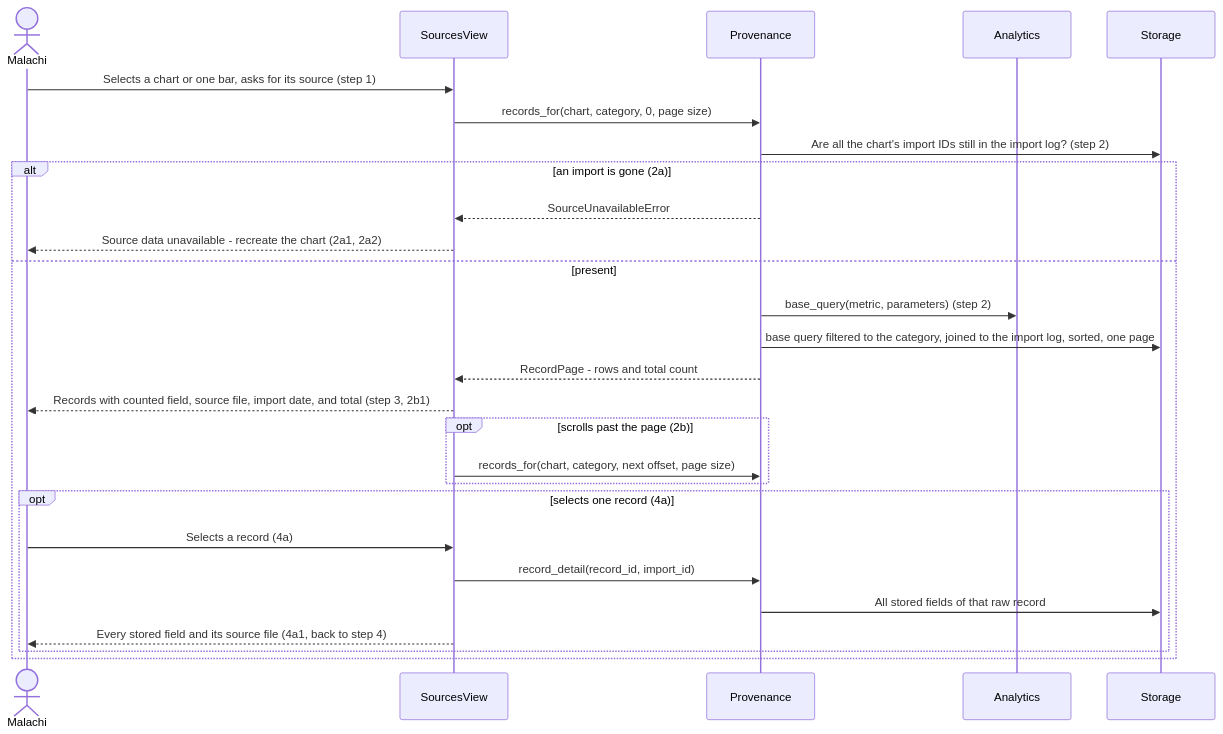
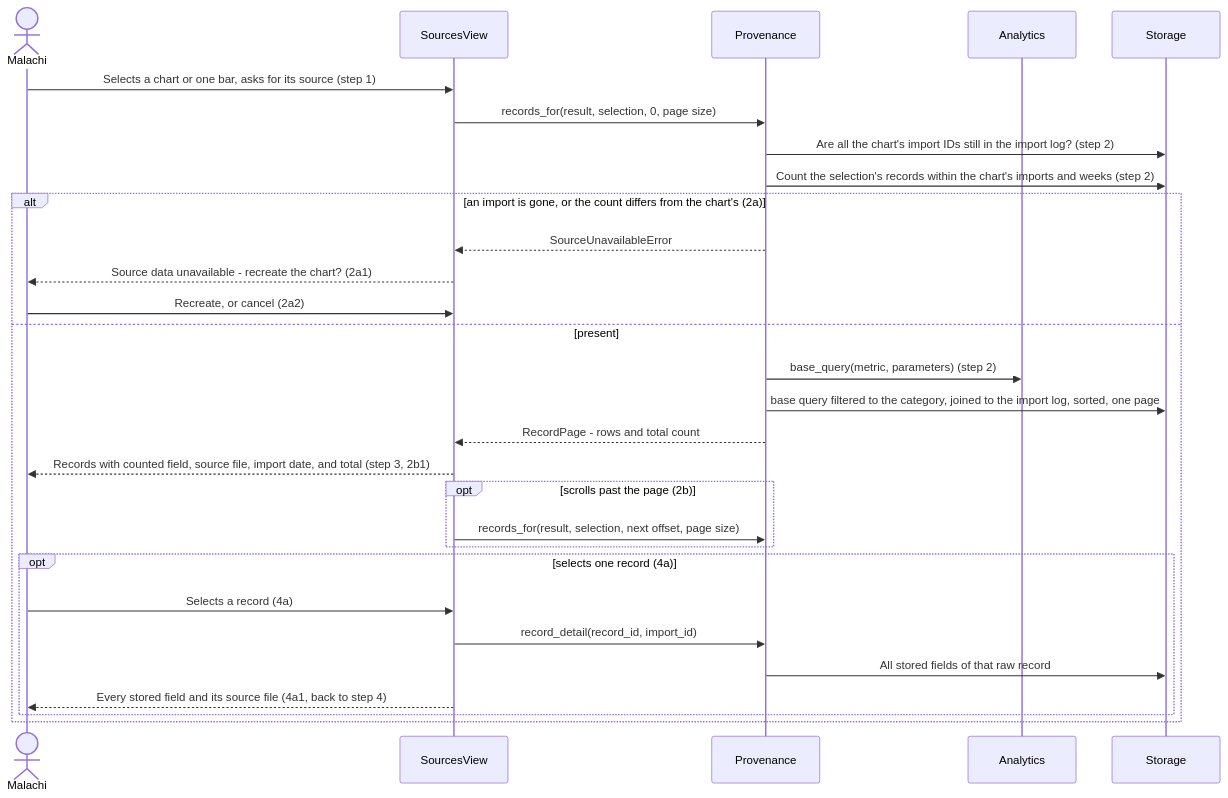
The second of 2 diagrams in docs/design/verification.md (PathNotFound404/cosc-40943-team-06-USPTO), drawn with Mermaid before and after one commit. The commit also changed other lines of this file and 16 other files, not shown here.

First line of the commit message:
View the source records behind a visualization (UC-FEAT-verify-source) (#32)

````diff
--- a/docs/design/verification.md
+++ b/docs/design/verification.md
@@ -73,29 +75,31 @@
 ```mermaid
 sequenceDiagram
     actor M as Malachi
     participant SV as SourcesView
     participant PV as Provenance
     participant AN as Analytics
     participant ST as Storage
     M->>SV: Selects a chart or one bar, asks for its source (step 1)
-    SV->>PV: records_for(chart, category, 0, page size)
+    SV->>PV: records_for(result, selection, 0, page size)
     PV->>ST: Are all the chart's import IDs still in the import log? (step 2)
-    alt an import is gone (2a)
+    PV->>ST: Count the selection's records within the chart's imports and weeks (step 2)
+    alt an import is gone, or the count differs from the chart's (2a)
         PV-->>SV: SourceUnavailableError
-        SV-->>M: Source data unavailable - recreate the chart (2a1, 2a2)
+        SV-->>M: Source data unavailable - recreate the chart? (2a1)
+        M->>SV: Recreate, or cancel (2a2)
     else present
         PV->>AN: base_query(metric, parameters) (step 2)
         PV->>ST: base query filtered to the category, joined to the import log, sorted, one page
         PV-->>SV: RecordPage - rows and total count
         SV-->>M: Records with counted field, source file, import date, and total (step 3, 2b1)
         opt scrolls past the page (2b)
-            SV->>PV: records_for(chart, category, next offset, page size)
+            SV->>PV: records_for(result, selection, next offset, page size)
         end
         opt selects one record (4a)
             M->>SV: Selects a record (4a)
             SV->>PV: record_detail(record_id, import_id)
             PV->>ST: All stored fields of that raw record
             SV-->>M: Every stored field and its source file (4a1, back to step 4)
         end
     end
 ```
````
